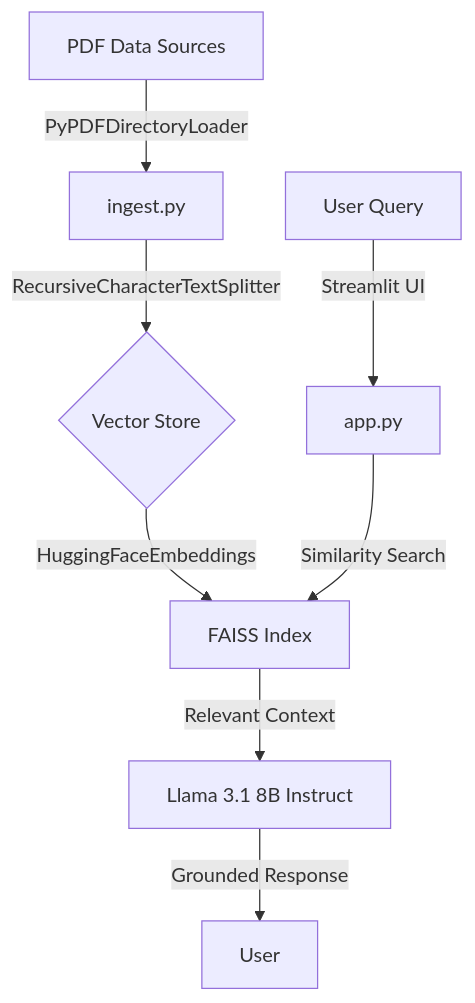
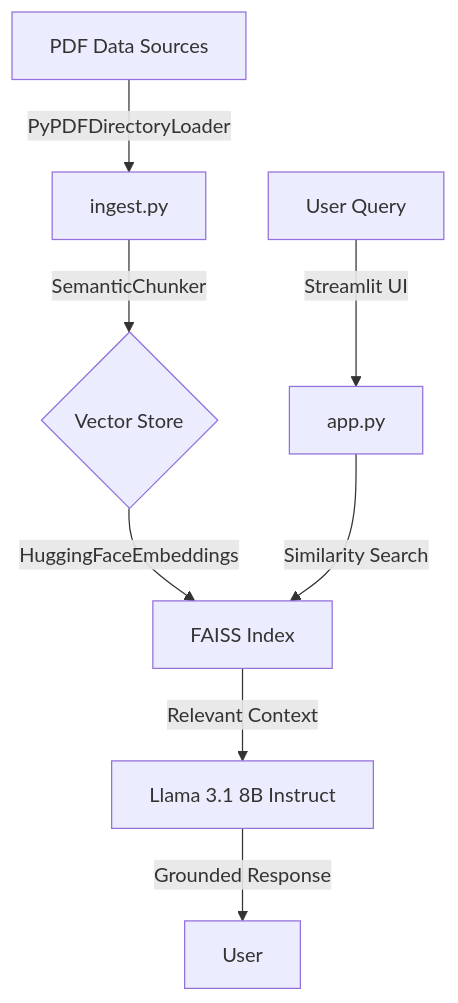
Before and after one commit to MohammadYusif/baseera-ai: the first of 2 diagrams in README.md, drawn with Mermaid. The commit also changed other lines of this file, not shown here.

````diff
--- a/README.md
+++ b/README.md
@@ -13,11 +13,11 @@
 ```mermaid
 graph TD
     A[PDF Data Sources] -->|PyPDFDirectoryLoader| B[ingest.py]
-    B -->|RecursiveCharacterTextSplitter| C{Vector Store}
+    B -->|SemanticChunker| C{Vector Store}
     C -->|HuggingFaceEmbeddings| D[FAISS Index]
 
     E[User Query] -->|Streamlit UI| F[app.py]
     F -->|Similarity Search| D
     D -->|Relevant Context| G[Llama 3.1 8B Instruct]
     G -->|Grounded Response| H[User]
 ```
````
